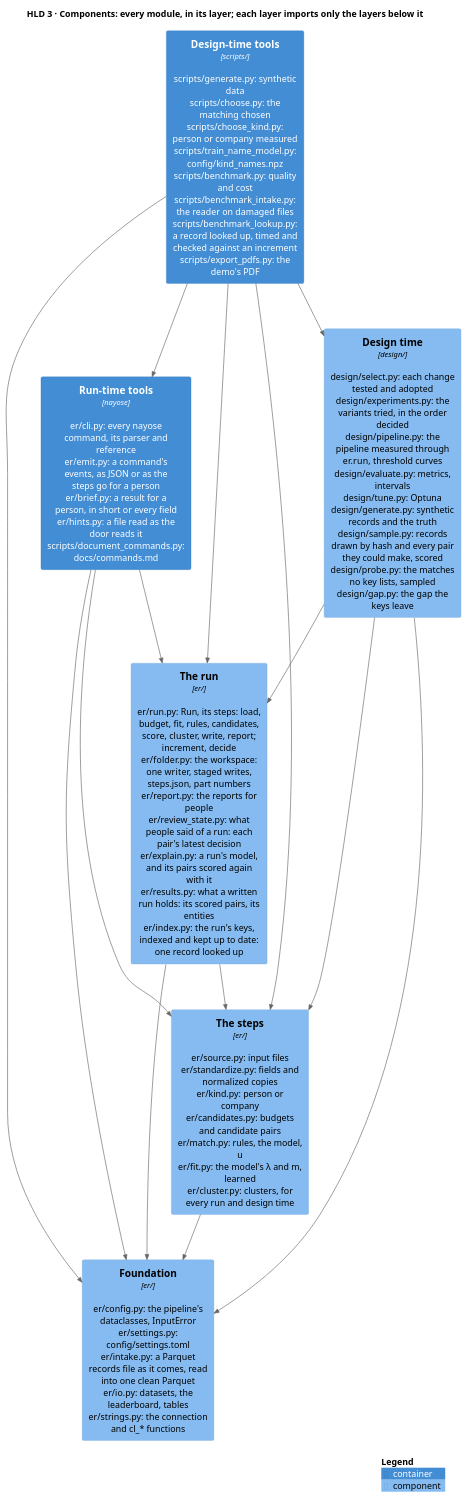
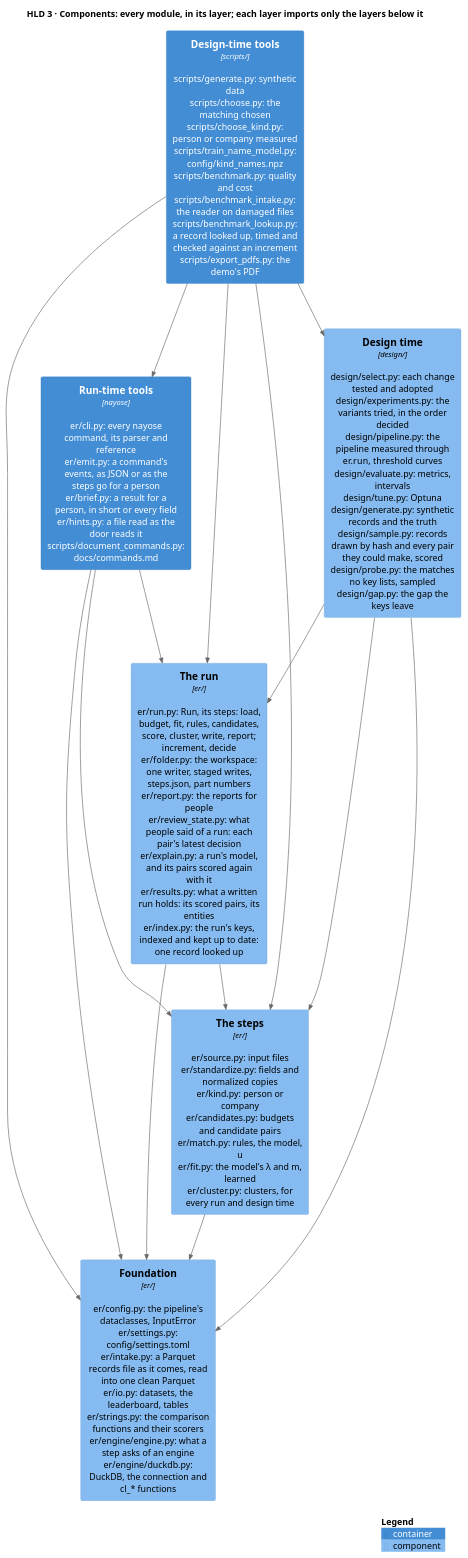
The diagram in docs/diagrams/components.puml (mvsbm/entity_matching), drawn with PlantUML before and after one commit. The commit also changed 41 other files, not shown here.

First line of the commit message:
Every SQL statement goes through one engine object (er/engine/: DuckDB's verbs, its connection and UDFs), so a BigQuery engine can stand beside it

```diff
--- a/docs/diagrams/components.puml
+++ b/docs/diagrams/components.puml
@@ -1,31 +1,31 @@
 @startuml components
 !include <C4/C4_Component>
 LAYOUT_TOP_DOWN()
 HIDE_STEREOTYPE()
 title HLD 3 · Components: every module, in its layer; each layer imports only the layers below it
 
 Container(tools_run, "Run-time tools", "nayose", "er/cli.py: every nayose command, its parser and reference\ner/emit.py: a command's events, as JSON or as the steps go for a person\ner/brief.py: a result for a person, in short or every field\ner/hints.py: a file read as the door reads it\nscripts/document_commands.py: docs/commands.md")
 Container(tools_design, "Design-time tools", "scripts/", "scripts/generate.py: synthetic data\nscripts/choose.py: the matching chosen\nscripts/choose_kind.py: person or company measured\nscripts/train_name_model.py: config/kind_names.npz\nscripts/benchmark.py: quality and cost\nscripts/benchmark_intake.py: the reader on damaged files\nscripts/benchmark_lookup.py: a record looked up, timed and checked against an increment\nscripts/export_pdfs.py: the demo's PDF")
 
 Component(run, "The run", "er/", "er/run.py: Run, its steps: load, budget, fit, rules, candidates, score, cluster, write, report; increment, decide\ner/folder.py: the workspace: one writer, staged writes, steps.json, part numbers\ner/report.py: the reports for people\ner/review_state.py: what people said of a run: each pair's latest decision\ner/explain.py: a run's model, and its pairs scored again with it\ner/results.py: what a written run holds: its scored pairs, its entities\ner/index.py: the run's keys, indexed and kept up to date: one record looked up")
 Component(design, "Design time", "design/", "design/select.py: each change tested and adopted\ndesign/experiments.py: the variants tried, in the order decided\ndesign/pipeline.py: the pipeline measured through er.run, threshold curves\ndesign/evaluate.py: metrics, intervals\ndesign/tune.py: Optuna\ndesign/generate.py: synthetic records and the truth\ndesign/sample.py: records drawn by hash and every pair they could make, scored\ndesign/probe.py: the matches no key lists, sampled\ndesign/gap.py: the gap the keys leave")
 Component(steps, "The steps", "er/", "er/source.py: input files\ner/standardize.py: fields and normalized copies\ner/kind.py: person or company\ner/candidates.py: budgets and candidate pairs\ner/match.py: rules, the model, u\ner/fit.py: the model's λ and m, learned\ner/cluster.py: clusters, for every run and design time")
-Component(configuration, "Foundation", "er/", "er/config.py: the pipeline's dataclasses, InputError\ner/settings.py: config/settings.toml\ner/intake.py: a Parquet records file as it comes, read into one clean Parquet\ner/io.py: datasets, the leaderboard, tables\ner/strings.py: the connection and cl_* functions")
+Component(configuration, "Foundation", "er/", "er/config.py: the pipeline's dataclasses, InputError\ner/settings.py: config/settings.toml\ner/intake.py: a Parquet records file as it comes, read into one clean Parquet\ner/io.py: datasets, the leaderboard, tables\ner/strings.py: the comparison functions and their scorers\ner/engine/engine.py: what a step asks of an engine\ner/engine/duckdb.py: DuckDB, the connection and cl_* functions")
 
 Rel_D(tools_run, run, "")
 Rel_D(tools_run, steps, "")
 Rel_D(tools_run, configuration, "")
 Rel_D(tools_design, tools_run, "")
 Rel_D(tools_design, run, "")
 Rel_D(tools_design, design, "")
 Rel_D(tools_design, steps, "")
 Rel_D(tools_design, configuration, "")
 Rel_D(run, steps, "")
 Rel_D(run, configuration, "")
 Rel_D(design, run, "")
 Rel_D(design, steps, "")
 Rel_D(design, configuration, "")
 Rel_D(steps, configuration, "")
 
 SHOW_LEGEND()
 @enduml
```
